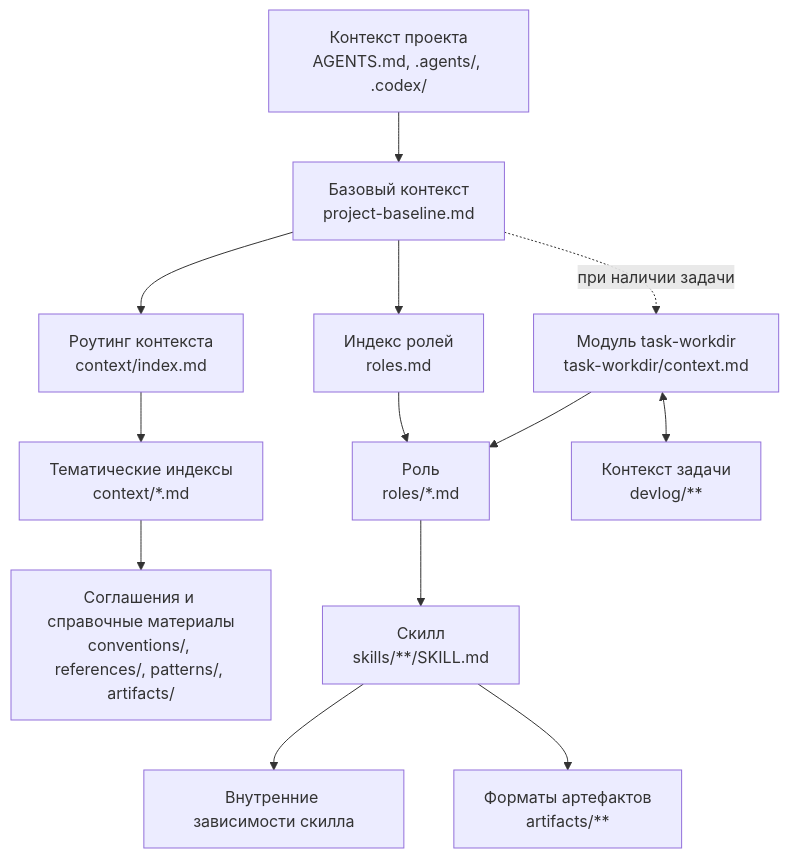
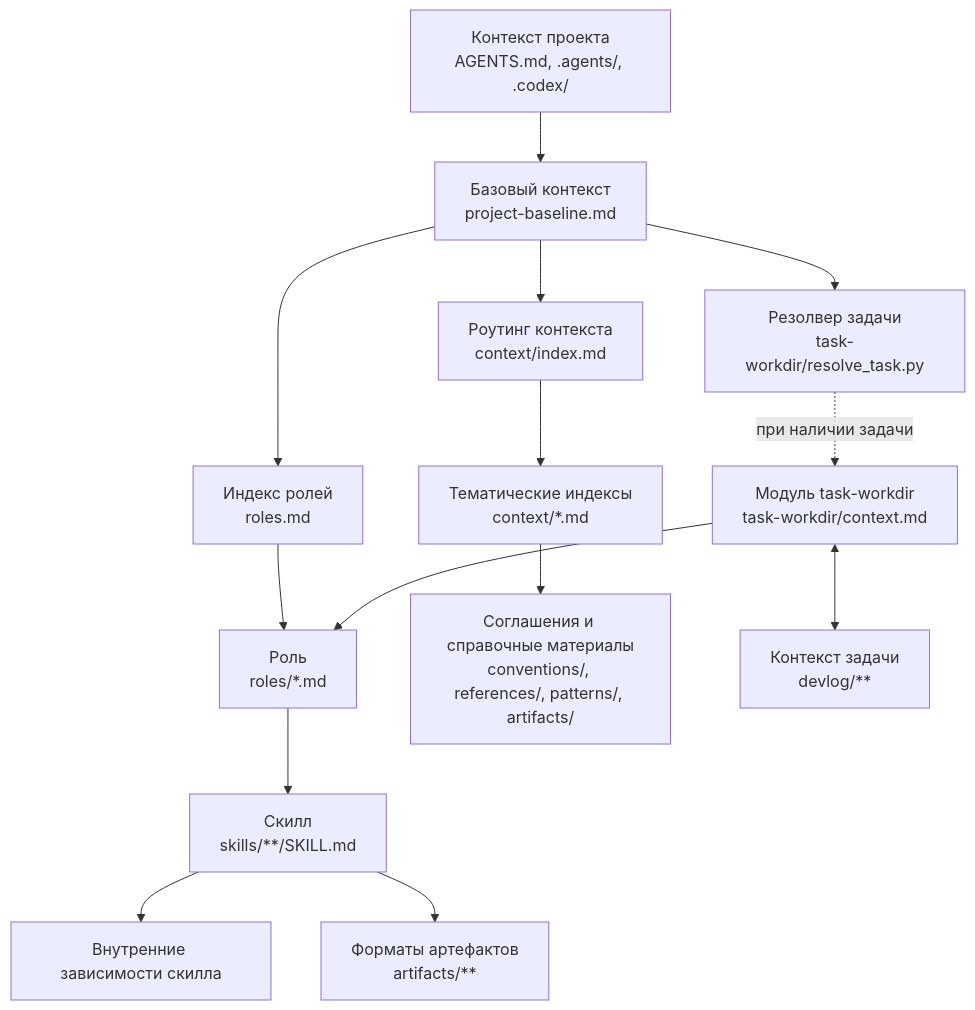
The diagram in README.md (ergonomic-code/dot-agents), drawn with Mermaid before and after one commit. The commit also changed other lines of this file and 8 other files, not shown here.

Commit message:
Логика резолва текущей задачи вынесена в отдельный полудетерменированный резолвер

````diff
--- a/README.md
+++ b/README.md
@@ -115,15 +115,16 @@
 ```mermaid
 flowchart TD
     Project[Контекст проекта<br/>AGENTS.md, .agents/, .codex/] --> Baseline[Базовый контекст<br/>project-baseline.md]
     Baseline --> Roles[Индекс ролей<br/>roles.md]
     Roles --> Role[Роль<br/>roles/*.md]
     Baseline --> Context[Роутинг контекста<br/>context/index.md]
     Context --> ContextIndexes[Тематические индексы<br/>context/*.md]
     ContextIndexes --> RoutedContext[Соглашения и справочные материалы<br/>conventions/, references/, patterns/, artifacts/]
-    Baseline -. при наличии задачи .-> TaskModule[Модуль task-workdir<br/>task-workdir/context.md]
+    Baseline --> TaskResolver[Резолвер задачи<br/>task-workdir/resolve_task.py]
+    TaskResolver -. при наличии задачи .-> TaskModule[Модуль task-workdir<br/>task-workdir/context.md]
     TaskModule --> Role
     Role --> Skill[Скилл<br/>skills/**/SKILL.md]
     Skill --> Intrinsic[Внутренние зависимости скилла]
     Skill --> Artifacts[Форматы артефактов<br/>artifacts/**]
     TaskModule <--> Task[Контекст задачи<br/>devlog/**]
 ```
````
